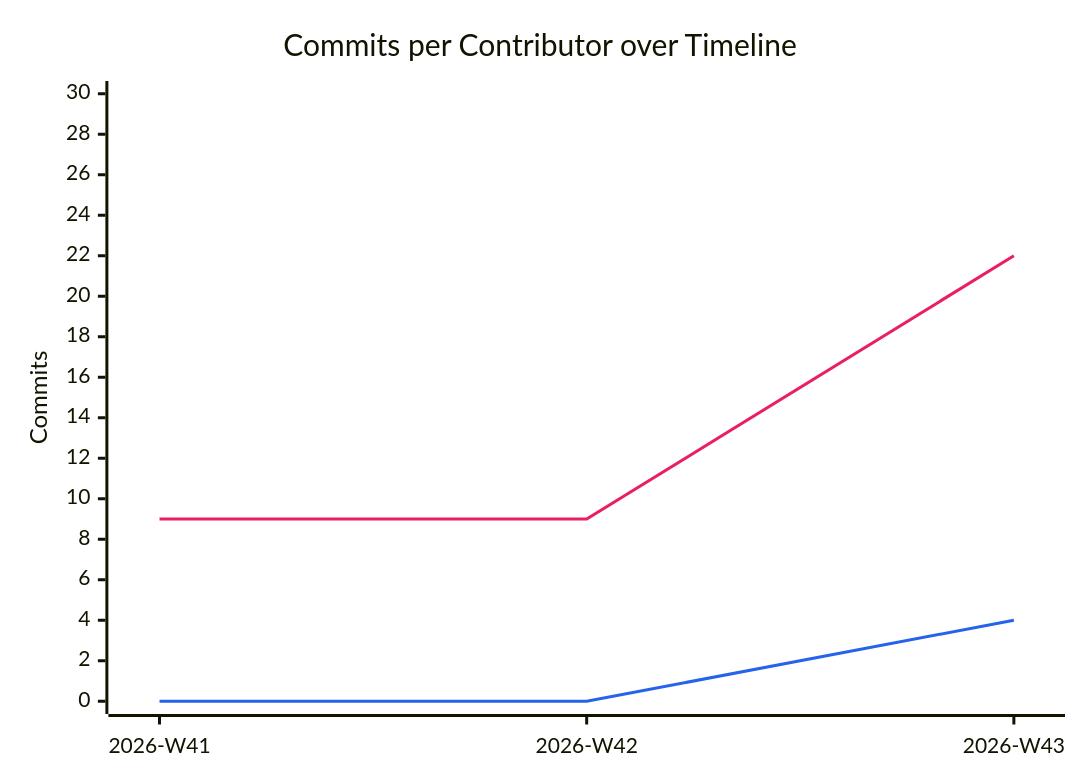
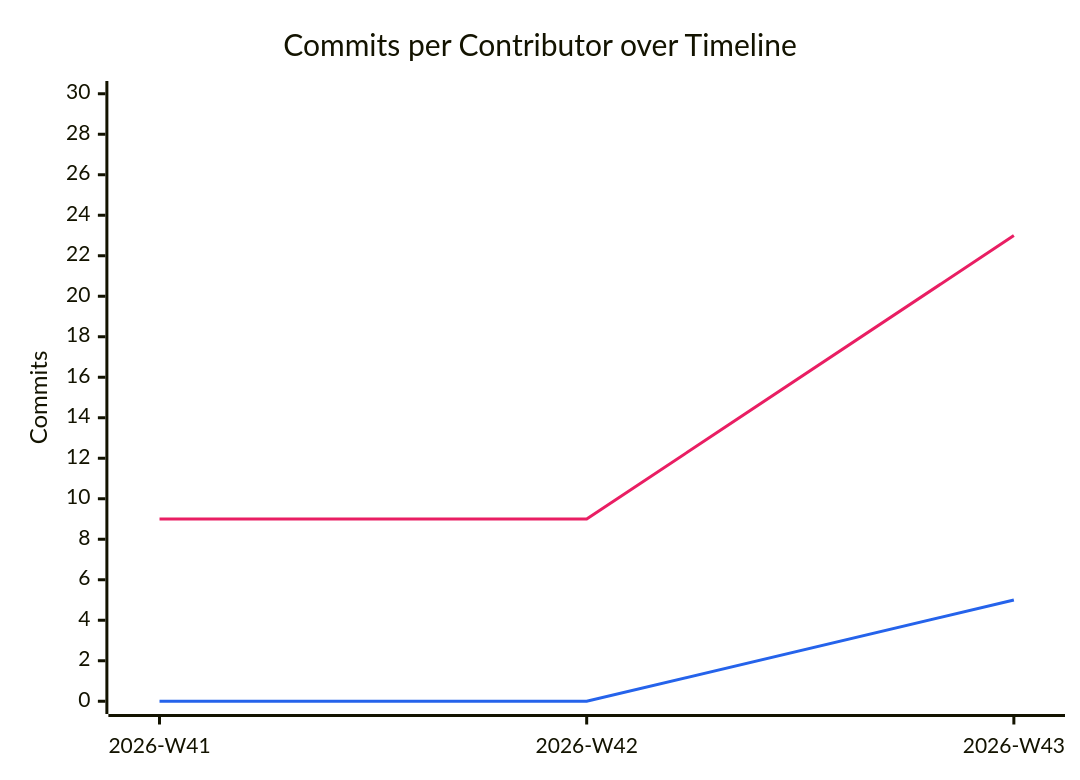
One commit to BeyondMagic/swe-template changed the diagram in documentation/snippets/management/commit-velocity.mmd. Above: the diagram before and after it, drawn with Mermaid. The commit also changed 2 other files, not shown here.

```diff
--- a/documentation/snippets/management/commit-velocity.mmd
+++ b/documentation/snippets/management/commit-velocity.mmd
@@ -1,7 +1,7 @@
 %%{init: {"themeVariables": {"xyChart": {"plotColorPalette": "#e91e63, #2563eb"}}}}%%
 xychart-beta
     title "Commits per Contributor over Timeline"
     x-axis ["2026-W41", "2026-W42", "2026-W43"]
     y-axis "Commits" 0 --> 30
-    line [9, 9, 22]
-    line [0, 0, 4]
+    line [9, 9, 23]
+    line [0, 0, 5]
```
